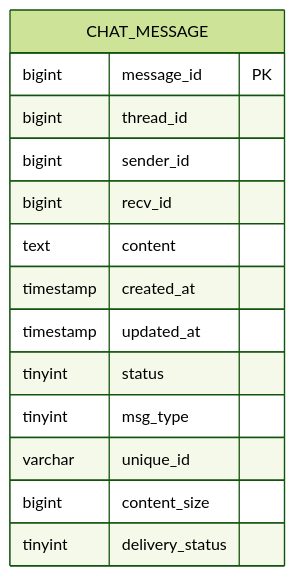
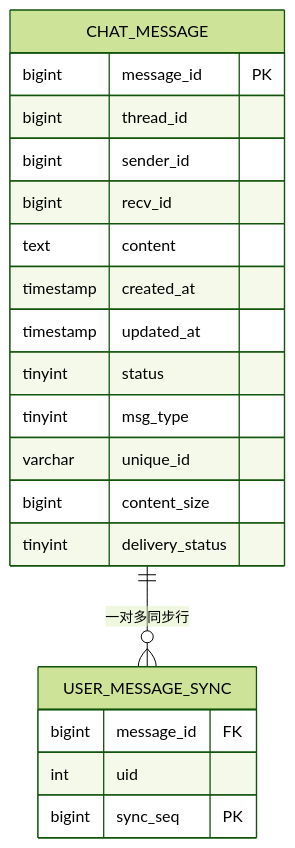
The ninth of 11 diagrams in .qoder/repowiki/zh/content/核心功能模块/聊天消息系统/离线消息投递系统.md (echo9923/mychatter), drawn with Mermaid (forest theme) before and after one commit. The commit also changed other lines of this file and 132 other files, not shown here.

````diff
--- a/.qoder/repowiki/zh/content/核心功能模块/聊天消息系统/离线消息投递系统.md
+++ b/.qoder/repowiki/zh/content/核心功能模块/聊天消息系统/离线消息投递系统.md
@@ -497,17 +404,23 @@
 ```mermaid
 erDiagram
 CHAT_MESSAGE {
 bigint message_id PK
 bigint thread_id
 bigint sender_id
 bigint recv_id
 text content
 timestamp created_at
 timestamp updated_at
 tinyint status
 tinyint msg_type
 varchar unique_id
 bigint content_size
 tinyint delivery_status
 }
+USER_MESSAGE_SYNC {
+bigint message_id FK
+int uid
+bigint sync_seq PK
+}
+CHAT_MESSAGE ||--o{ USER_MESSAGE_SYNC : "一对多同步行"
 ```
````
